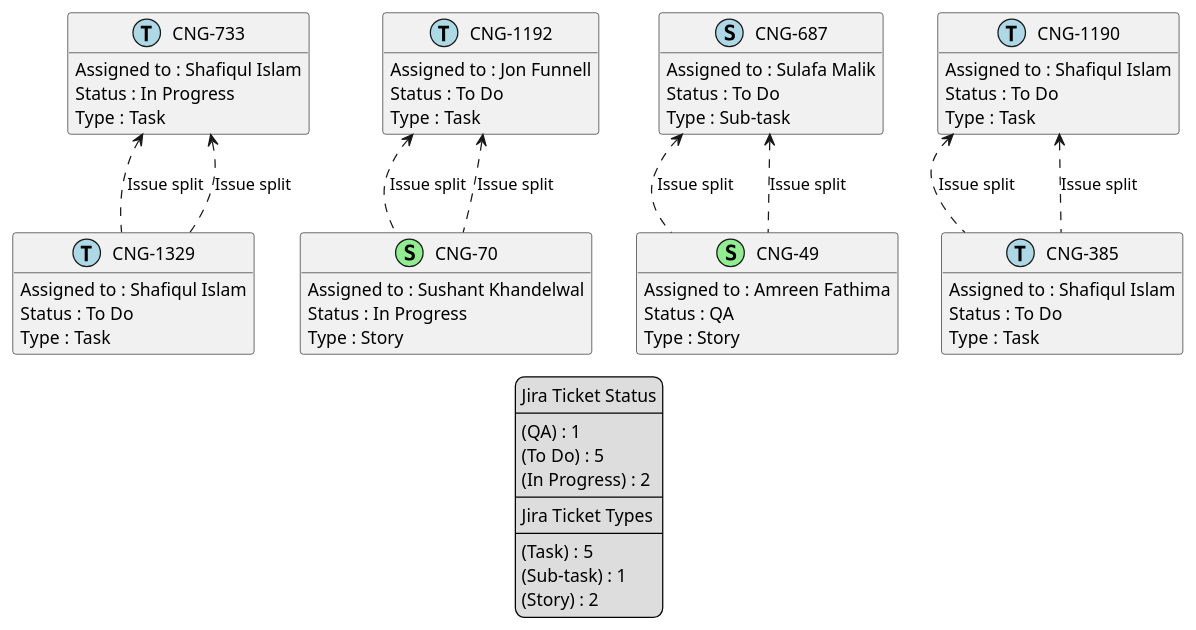
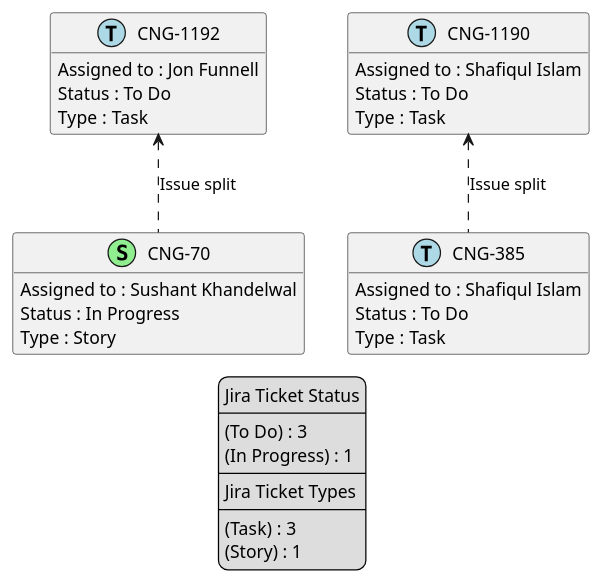
The diagram in temp/jiraIssue split.puml (brunasti/jiraplotter), drawn with PlantUML before and after one commit. The commit also changed 53 other files, not shown here.

```diff
--- a/temp/jiraIssue split.puml
+++ b/temp/jiraIssue split.puml
@@ -1,86 +1,54 @@
 @startuml
 'https://plantuml.com/class-diagram
 
 ' GENERATE CLASS DIAGRAM ===========
-' Generated at    : Mon Apr 15 15:18:49 CEST 2024
+' Generated at    : Mon Apr 15 15:33:04 CEST 2024
 
 hide empty members
 
 legend
 Jira Ticket Status
 ----
-(QA) : 1
-(To Do) : 5
-(In Progress) : 2
+(To Do) : 3
+(In Progress) : 1
 ----
 Jira Ticket Types
 ----
-(Task) : 5
-(Sub-task) : 1
-(Story) : 2
+(Task) : 3
+(Story) : 1
 end legend
 
 
 ' Tickets =======
-class "CNG-1329" << (T,lightblue) >> {
-  Assigned to : Shafiqul Islam
-  Status : To Do
-  Type : Task
-}
-
 class "CNG-1192" << (T,lightblue) >> {
   Assigned to : Jon Funnell
   Status : To Do
   Type : Task
-}
-
-class "CNG-49" << (S,lightgreen) >> {
-  Assigned to : Amreen Fathima
-  Status : QA
-  Type : Story
 }
 
 class "CNG-1190" << (T,lightblue) >> {
   Assigned to : Shafiqul Islam
   Status : To Do
   Type : Task
 }
 
 class "CNG-385" << (T,lightblue) >> {
   Assigned to : Shafiqul Islam
   Status : To Do
   Type : Task
 }
 
 class "CNG-70" << (S,lightgreen) >> {
   Assigned to : Sushant Khandelwal
   Status : In Progress
   Type : Story
 }
 
-class "CNG-687" << (S,lightblue) >> {
-  Assigned to : Sulafa Malik
-  Status : To Do
-  Type : Sub-task
-}
-
-class "CNG-733" << (T,lightblue) >> {
-  Assigned to : Shafiqul Islam
-  Status : In Progress
-  Type : Task
-}
-
 
 
 ' Links =======
-"CNG-687" <.. "CNG-49" : Issue split
-"CNG-687" <.. "CNG-49" : Issue split
-"CNG-733" <.. "CNG-1329" : Issue split
-"CNG-733" <.. "CNG-1329" : Issue split
 "CNG-1192" <.. "CNG-70" : Issue split
-"CNG-1192" <.. "CNG-70" : Issue split
-"CNG-1190" <.. "CNG-385" : Issue split
 "CNG-1190" <.. "CNG-385" : Issue split
 
 
 @enduml
```
